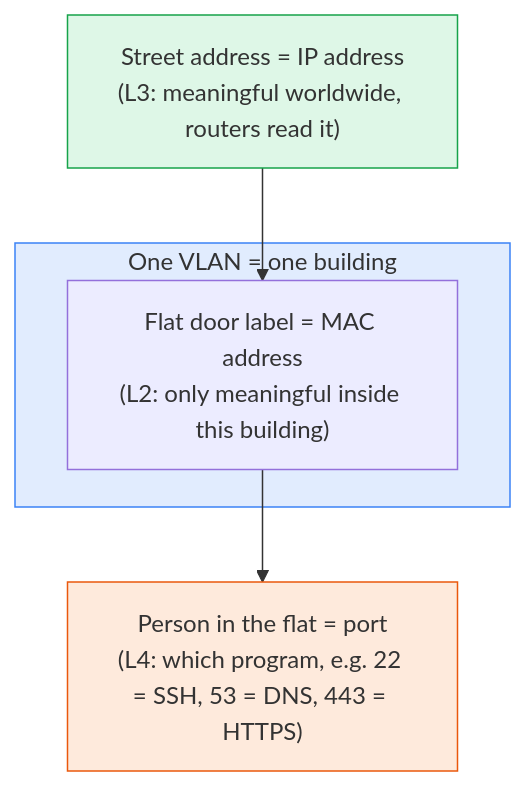
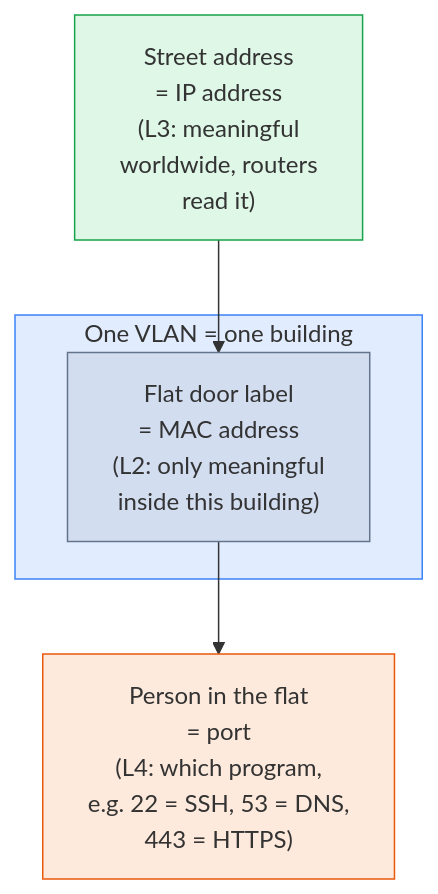
The first of 3 diagrams in content/pages/networking/basics/ip-addressing-subnetting.mdx (mithun3/tech-blog), drawn with Mermaid before and after one commit. The commit also changed other lines of this file and 8 other files, not shown here.

Commit message:
mermaid updates.

````diff
--- a/content/pages/networking/basics/ip-addressing-subnetting.mdx
+++ b/content/pages/networking/basics/ip-addressing-subnetting.mdx
@@ -18,13 +18,26 @@
 ```mermaid
+---
+config:
+  look: classic
+  fontFamily: "system-ui, -apple-system, Segoe UI, Roboto, Helvetica, Arial, sans-serif"
+  themeCSS: ".node rect, .cluster rect { rx: 6px; ry: 6px; }"
+  flowchart:
+    wrappingWidth: 200
+  themeVariables:
+    mainBkg: "#64748b1f"
+    nodeBorder: "#64748b"
+    clusterBkg: "#64748b14"
+    clusterBorder: "#64748b99"
+---
 flowchart TB
     subgraph Building["One VLAN = one building"]
-        Door1["Flat door label = MAC address<br/>(L2: only meaningful inside this building)"]
+        Door1["Flat door label<br/>= MAC address<br/>(L2: only meaningful<br/>inside this building)"]
     end
-    Street["Street address = IP address<br/>(L3: meaningful worldwide, routers read it)"]
-    Person["Person in the flat = port<br/>(L4: which program, e.g. 22 = SSH, 53 = DNS, 443 = HTTPS)"]
+    Street["Street address<br/>= IP address<br/>(L3: meaningful<br/>worldwide, routers<br/>read it)"]
+    Person["Person in the flat<br/>= port<br/>(L4: which program,<br/>e.g. 22 = SSH, 53 = DNS,<br/>443 = HTTPS)"]
     Street --> Door1
     Door1 --> Person
     style Building fill:#3b82f626,stroke:#3b82f6
     style Street fill:#22c55e26,stroke:#16a34a
     style Person fill:#f9731626,stroke:#ea580c
 ```
````
